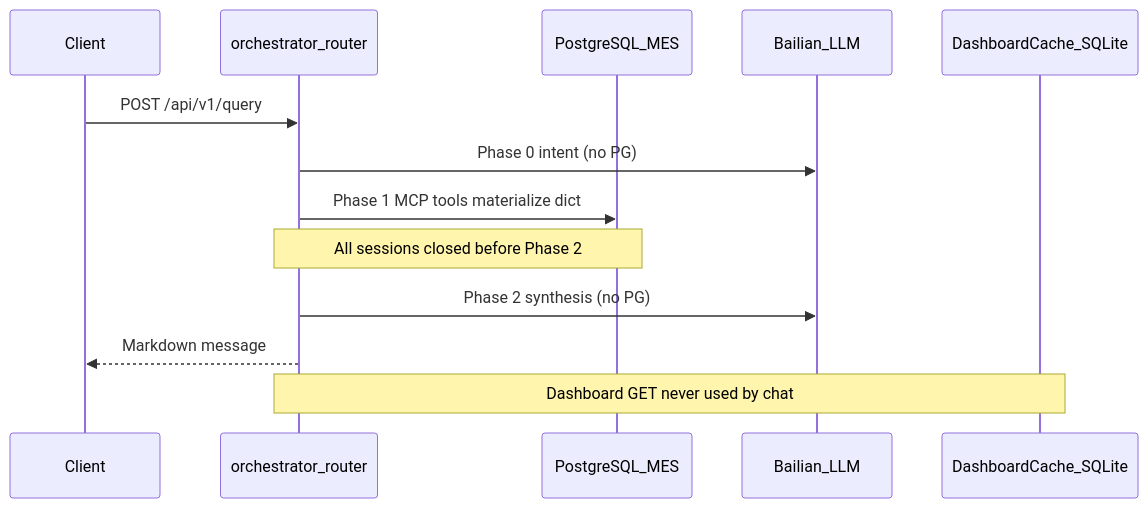
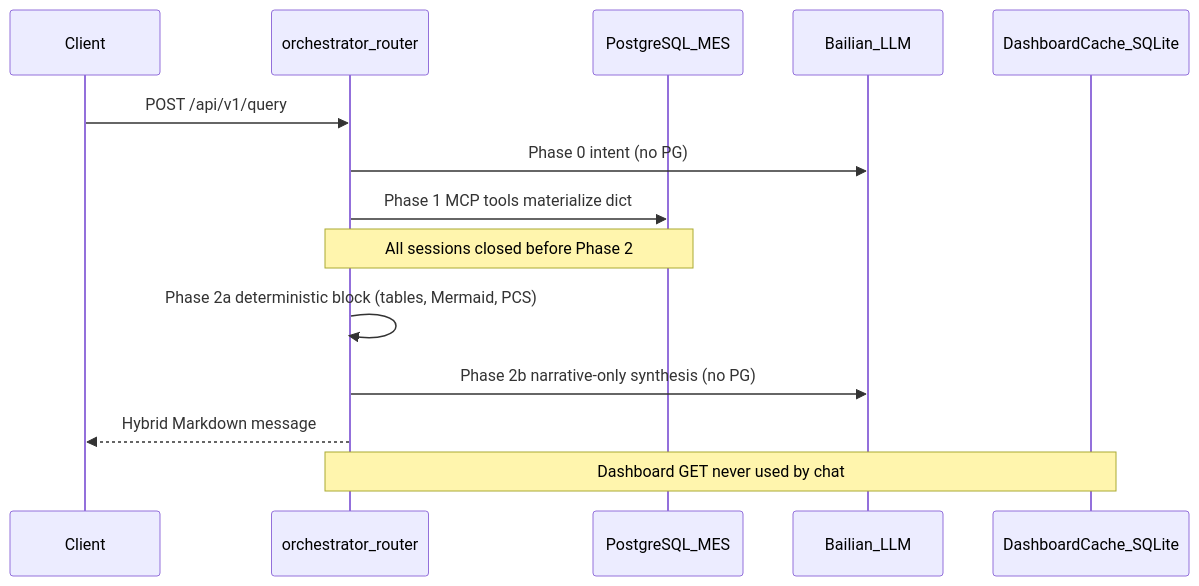
Before and after one commit to Neutron-Ltd/aimes: the diagram in docs/all-connections.md, drawn with Mermaid. The commit also changed other lines of this file and 16 other files, not shown here.

First line of the commit message:
feat(reports): generate reports with a hybrid architecture

````diff
--- a/docs/all-connections.md
+++ b/docs/all-connections.md
@@ -37,17 +37,18 @@
 ```mermaid
 sequenceDiagram
   participant Client
   participant Router as orchestrator_router
   participant PG as PostgreSQL_MES
   participant Bailian as Bailian_LLM
   participant SQLite as DashboardCache_SQLite
 
   Client->>Router: POST /api/v1/query
   Router->>Bailian: Phase 0 intent (no PG)
   Router->>PG: Phase 1 MCP tools materialize dict
   Note over Router,PG: All sessions closed before Phase 2
-  Router->>Bailian: Phase 2 synthesis (no PG)
-  Router-->>Client: Markdown message
+  Router->>Router: Phase 2a deterministic block (tables, Mermaid, PCS)
+  Router->>Bailian: Phase 2b narrative-only synthesis (no PG)
+  Router-->>Client: Hybrid Markdown message
 
   Note over Router,SQLite: Dashboard GET never used by chat
 ```
````
